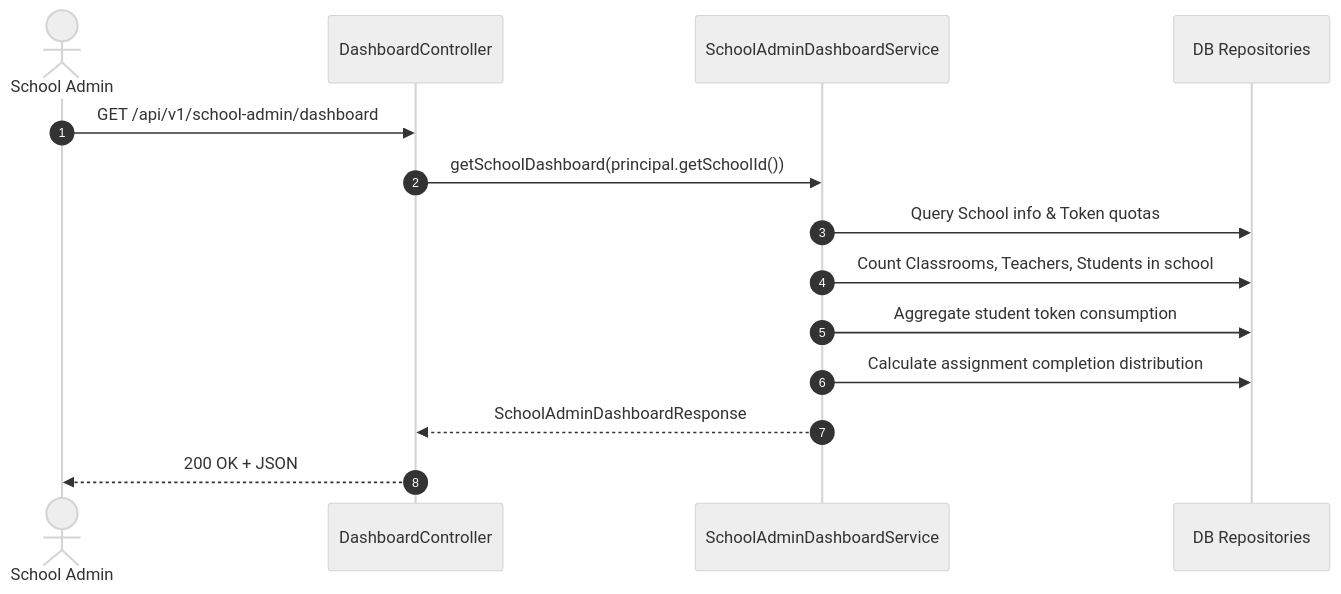
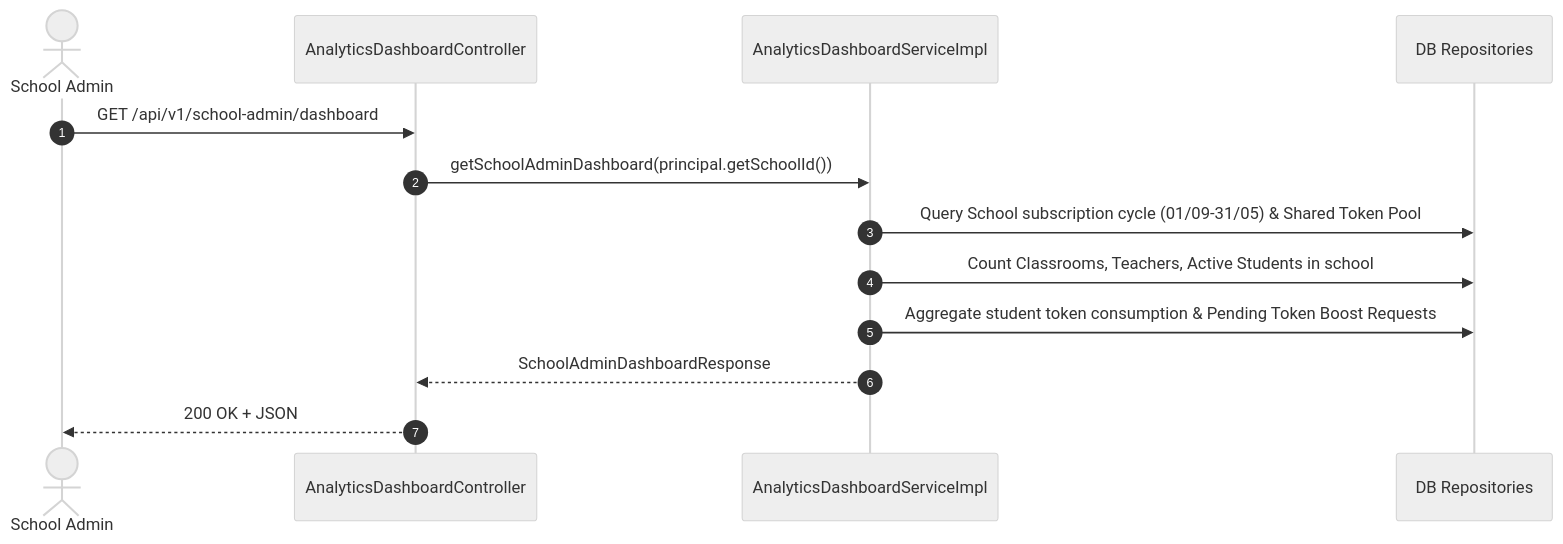
One commit to DinhTQSE/Capstone_FinalProject_HistoryTalk changed the second of 3 diagrams in docs/sprints/sprint_6/business_flows/dashboards_and_analytics_business_flow.md. Above: the diagram before and after it, drawn with Mermaid (neutral theme). The commit also changed other lines of this file and 11 other files, not shown here.

Commit message:
feat(dashboard): align sprint 6 dashboards with shared token pool, daily limits, and school subscription lifecycle

````diff
--- a/docs/sprints/sprint_6/business_flows/dashboards_and_analytics_business_flow.md
+++ b/docs/sprints/sprint_6/business_flows/dashboards_and_analytics_business_flow.md
@@ -76,17 +79,16 @@
 ```mermaid
 sequenceDiagram
     autonumber
     actor Admin as School Admin
-    participant API as DashboardController
-    participant Svc as SchoolAdminDashboardService
+    participant API as AnalyticsDashboardController
+    participant Svc as AnalyticsDashboardServiceImpl
     participant Repo as DB Repositories
 
     Admin->>API: GET /api/v1/school-admin/dashboard
-    API->>Svc: getSchoolDashboard(principal.getSchoolId())
-    Svc->>Repo: Query School info & Token quotas
-    Svc->>Repo: Count Classrooms, Teachers, Students in school
-    Svc->>Repo: Aggregate student token consumption
-    Svc->>Repo: Calculate assignment completion distribution
+    API->>Svc: getSchoolAdminDashboard(principal.getSchoolId())
+    Svc->>Repo: Query School subscription cycle (01/09-31/05) & Shared Token Pool
+    Svc->>Repo: Count Classrooms, Teachers, Active Students in school
+    Svc->>Repo: Aggregate student token consumption & Pending Token Boost Requests
     Svc-->>API: SchoolAdminDashboardResponse
     API-->>Admin: 200 OK + JSON
 ```
````
